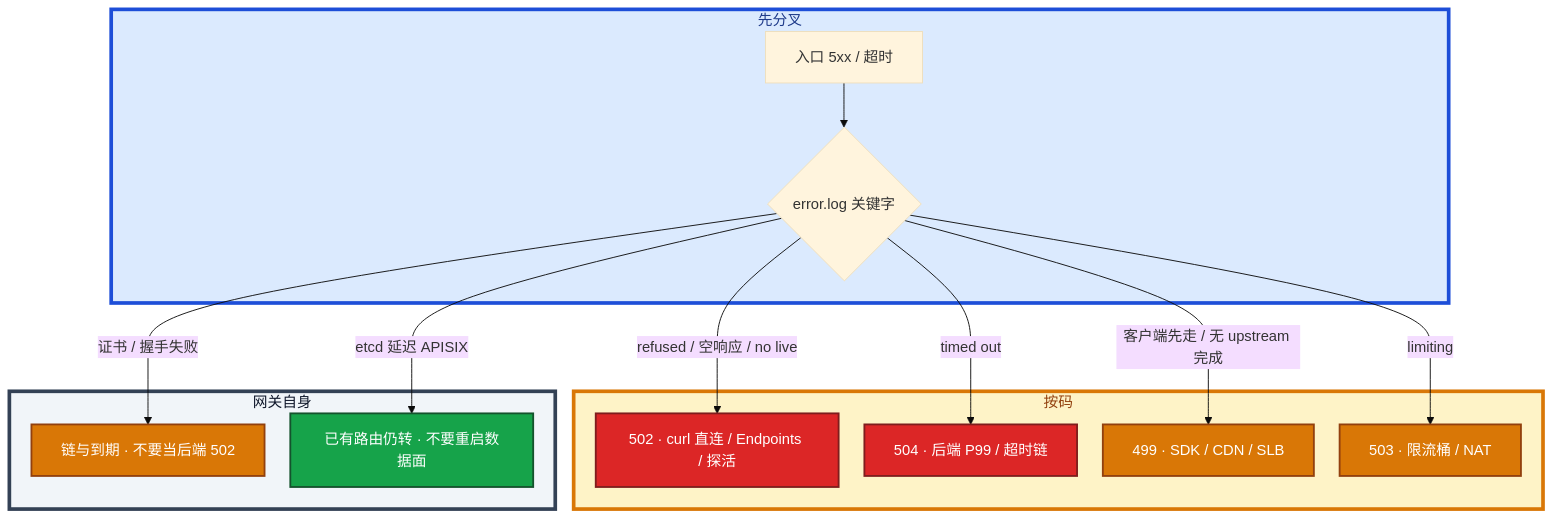
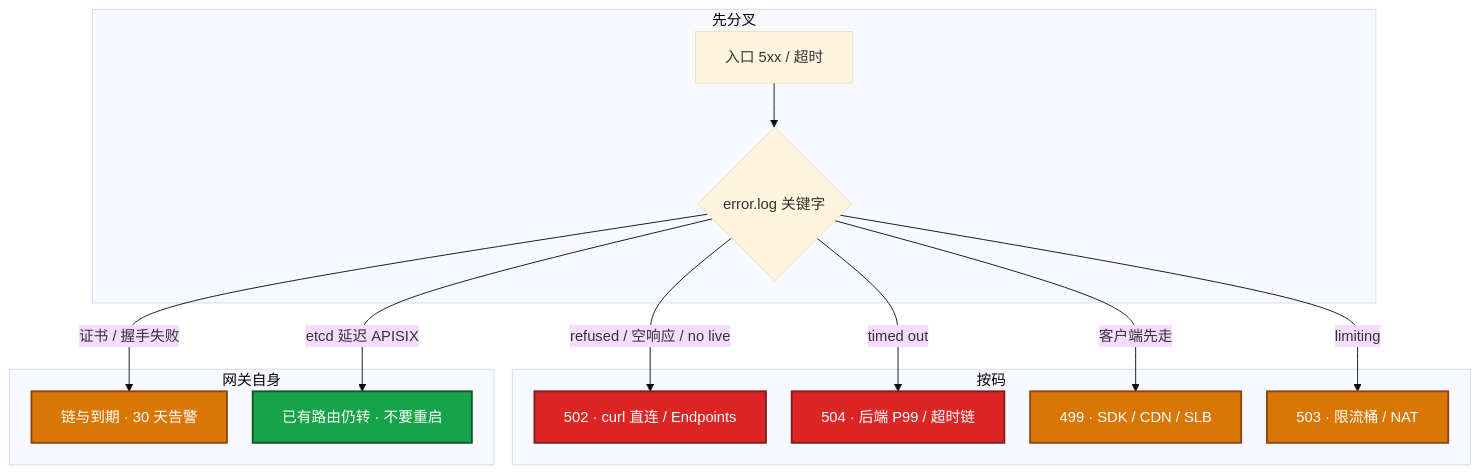
Before and after one commit to ml-cuizijun/LearnToLilith: the tenth of 10 diagrams in 03-中间件与数据库/04-接入网关/知识点.md, drawn with Mermaid. The commit also changed other lines of this file and 107 other files, not shown here.

````diff
--- a/03-中间件与数据库/04-接入网关/知识点.md
+++ b/03-中间件与数据库/04-接入网关/知识点.md
@@ -595,30 +600,26 @@
 ```mermaid
 %%{init: {"flowchart": {"padding": 16, "nodeSpacing": 28, "rankSpacing": 48}, "theme": "base"}}%%
 flowchart TB
     subgraph gate ["先分叉"]
         A[入口 5xx / 超时] --> B{error.log 关键字}
     end
 
     subgraph codes ["按码"]
-        B -->|refused / 空响应 / no live| C[502 · curl 直连 / Endpoints / 探活]
+        B -->|refused / 空响应 / no live| C[502 · curl 直连 / Endpoints]
         B -->|timed out| D[504 · 后端 P99 / 超时链]
-        B -->|客户端先走 / 无 upstream 完成| E[499 · SDK / CDN / SLB]
+        B -->|客户端先走| E[499 · SDK / CDN / SLB]
         B -->|limiting| F[503 · 限流桶 / NAT]
     end
 
     subgraph other ["网关自身"]
-        B -->|证书 / 握手失败| G[链与到期 · 不要当后端 502]
-        B -->|etcd 延迟 APISIX| H[已有路由仍转 · 不要重启数据面]
+        B -->|证书 / 握手失败| G[链与到期 · 30 天告警]
+        B -->|etcd 延迟 APISIX| H[已有路由仍转 · 不要重启]
     end
 
     classDef bad fill:#DC2626,stroke:#7F1D1D,stroke-width:2px,color:#fff
     classDef warn fill:#D97706,stroke:#92400E,stroke-width:2px,color:#fff
     classDef ok fill:#16A34A,stroke:#14532D,stroke-width:2px,color:#fff
     class C,D bad
     class E,F,G warn
     class H ok
-
-    style gate fill:#DBEAFE,stroke:#1D4ED8,stroke-width:4px,color:#1E3A8A
-    style codes fill:#FEF3C7,stroke:#D97706,stroke-width:4px,color:#92400E
-    style other fill:#F1F5F9,stroke:#334155,stroke-width:4px,color:#0F172A
 ```
````
